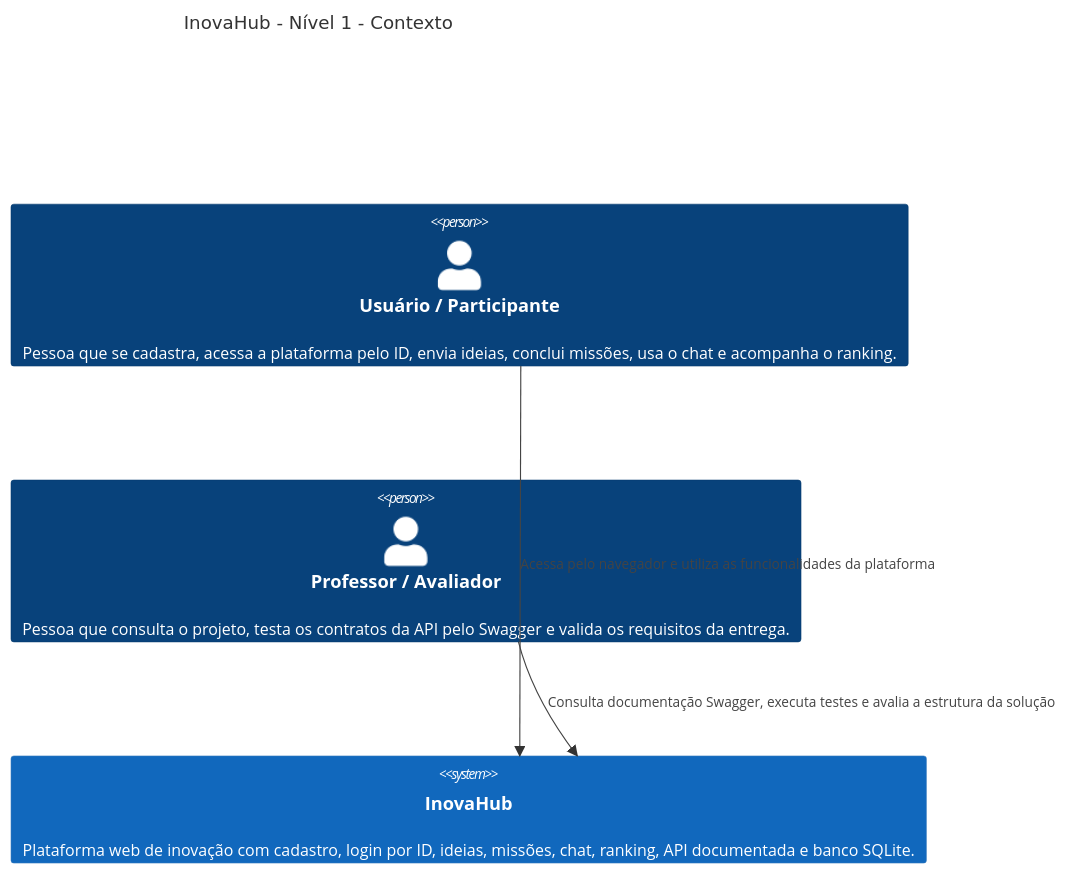
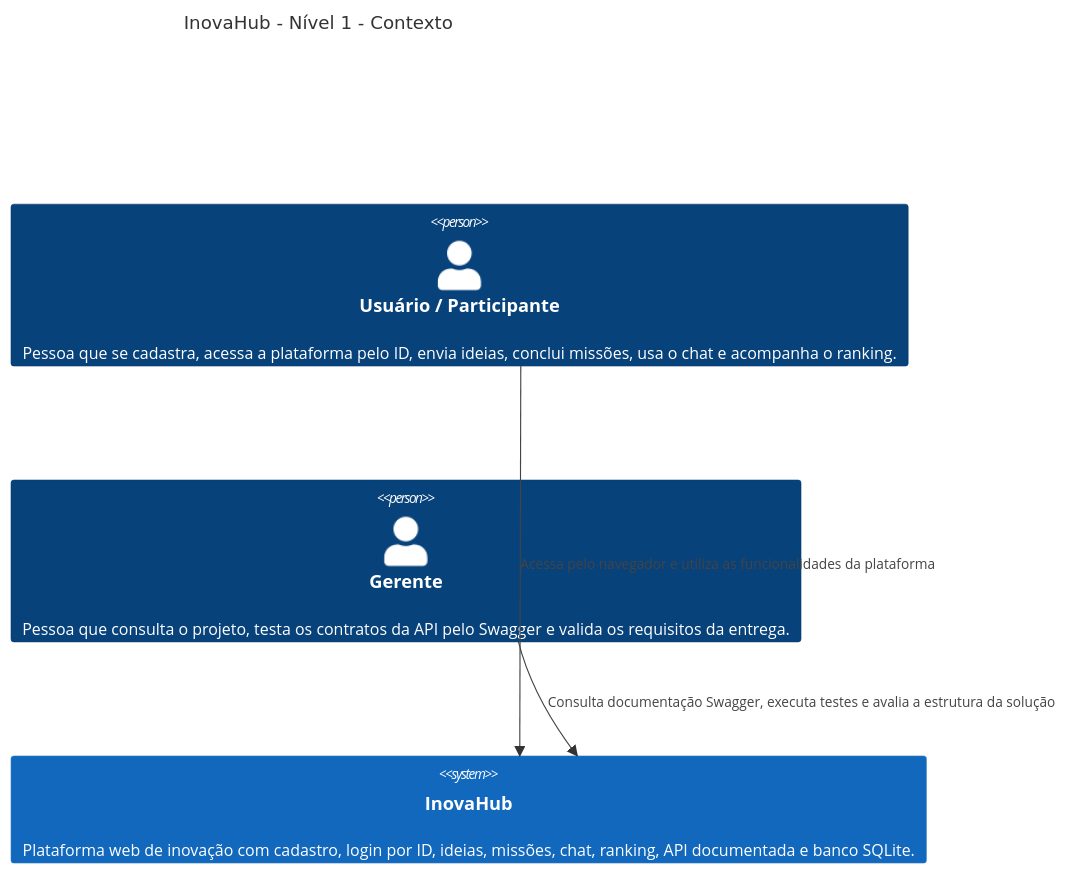
Before and after one commit to Likaluz/Inova-Hub: the diagram in docs/c4/nivel-1-contexto.md, drawn with Mermaid. The commit also changed 1 other file, not shown here.

Commit message:
Atulizando Diagramas

````diff
--- a/docs/c4/nivel-1-contexto.md
+++ b/docs/c4/nivel-1-contexto.md
@@ -5,12 +5,12 @@
 ```mermaid
 C4Context
     title InovaHub - Nível 1 - Contexto
 
     Person(usuario, "Usuário / Participante", "Pessoa que se cadastra, acessa a plataforma pelo ID, envia ideias, conclui missões, usa o chat e acompanha o ranking.")
-    Person(avaliador, "Professor / Avaliador", "Pessoa que consulta o projeto, testa os contratos da API pelo Swagger e valida os requisitos da entrega.")
+    Person(avaliador, "Gerente", "Pessoa que consulta o projeto, testa os contratos da API pelo Swagger e valida os requisitos da entrega.")
 
     System(inovahub, "InovaHub", "Plataforma web de inovação com cadastro, login por ID, ideias, missões, chat, ranking, API documentada e banco SQLite.")
 
     Rel(usuario, inovahub, "Acessa pelo navegador e utiliza as funcionalidades da plataforma")
     Rel(avaliador, inovahub, "Consulta documentação Swagger, executa testes e avalia a estrutura da solução")
 ```
````
